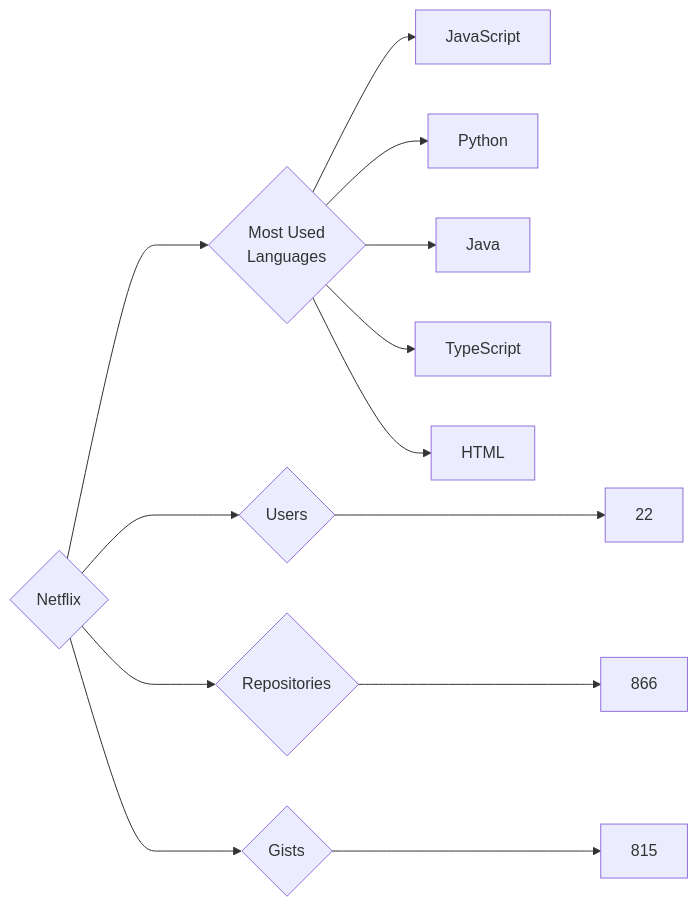
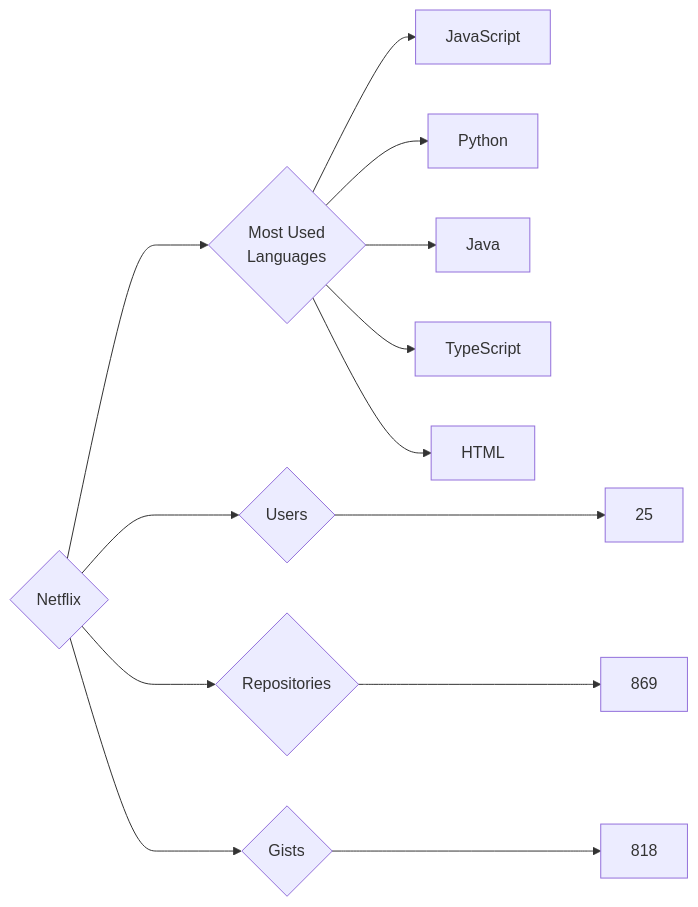
The diagram in targets/Netflix/README.md (trickest/insiders), drawn with Mermaid before and after one commit. The commit also changed 976 other files, not shown here.

````diff
--- a/targets/Netflix/README.md
+++ b/targets/Netflix/README.md
@@ -3,13 +3,13 @@
 ```mermaid
 graph LR
 COMPANY_NAME{Netflix}
-COMPANY_NAME ---> U{Users} ---> UN[22]
-COMPANY_NAME ---> R{Repositories} ---> RN[866]
-COMPANY_NAME ---> G{Gists} ---> GN[815]
+COMPANY_NAME ---> U{Users} ---> UN[25]
+COMPANY_NAME ---> R{Repositories} ---> RN[869]
+COMPANY_NAME ---> G{Gists} ---> GN[818]
 COMPANY_NAME ---> ML{Most Used<br>Languages}
 ML --> JavaScript[JavaScript]
 ML --> Python[Python]
 ML --> Java[Java]
 ML --> TypeScript[TypeScript]
 ML --> HTML[HTML]
 ```
````
